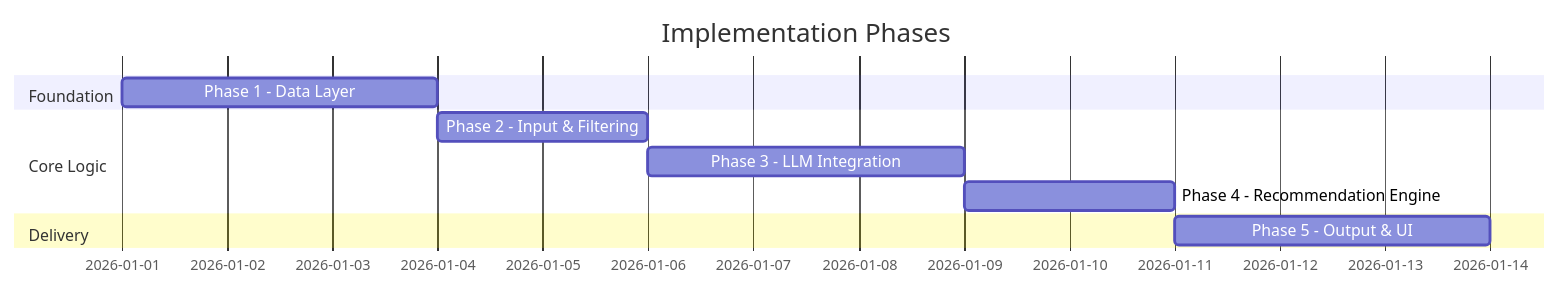
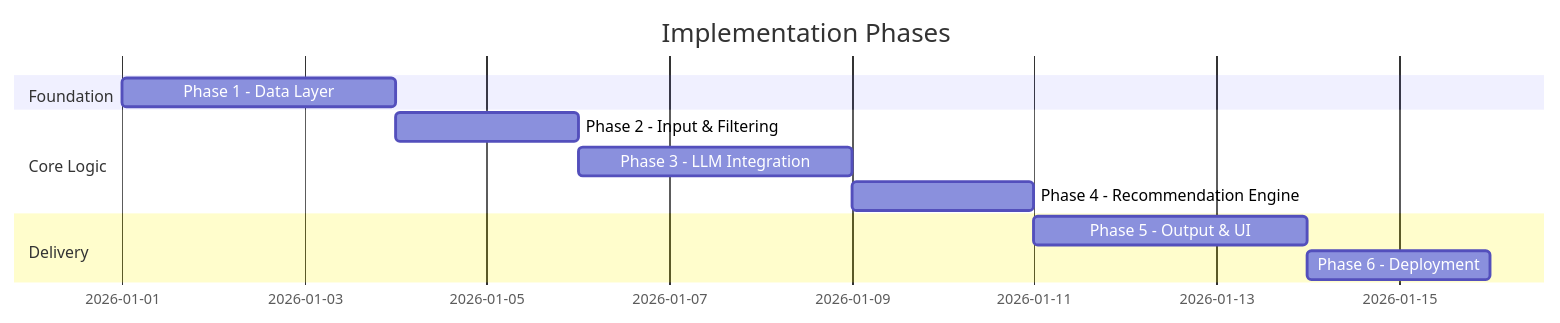
One commit to MikeAlpha0612/Dine.AI changed the fourth of 4 diagrams in docs/architecture.md. Above: the diagram before and after it, drawn with Mermaid. The commit also changed other lines of this file and 8 other files, not shown here.

Commit message:
Add Phase 6 deployment for Vercel frontend and Render backend.

````diff
--- a/docs/architecture.md
+++ b/docs/architecture.md
@@ -410,13 +440,14 @@
 ```mermaid
 gantt
     title Implementation Phases
     dateFormat  YYYY-MM-DD
     section Foundation
     Phase 1 - Data Layer           :p1, 2026-01-01, 3d
     section Core Logic
     Phase 2 - Input & Filtering    :p2, after p1, 2d
     Phase 3 - LLM Integration      :p3, after p2, 3d
     Phase 4 - Recommendation Engine:p4, after p3, 2d
     section Delivery
     Phase 5 - Output & UI          :p5, after p4, 3d
+    Phase 6 - Deployment           :p6, after p5, 2d
 ```
````
